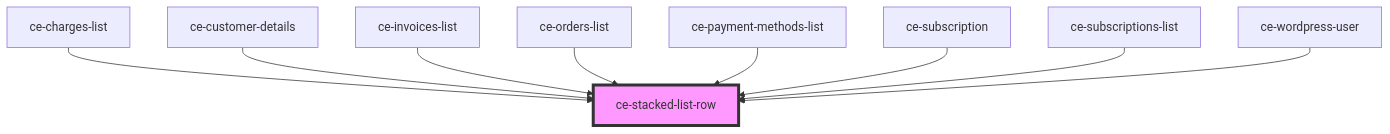
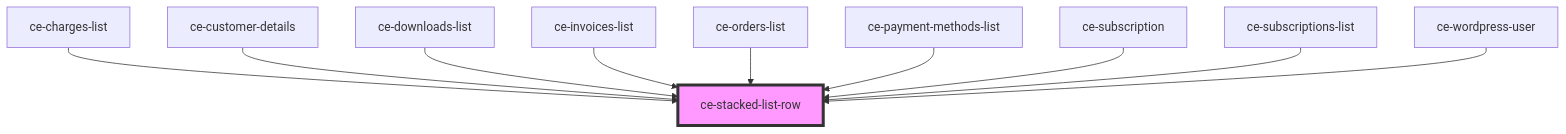
Before and after one commit to surecart/surecart-wp-plugin: the diagram in packages/components/src/components/ui/stacked-list-row/readme.md, drawn with Mermaid. The commit also changed other lines of this file and 29 other files, not shown here.

````diff
--- a/packages/components/src/components/ui/stacked-list-row/readme.md
+++ b/packages/components/src/components/ui/stacked-list-row/readme.md
@@ -30,12 +31,13 @@
 ```mermaid
 graph TD;
   ce-charges-list --> ce-stacked-list-row
   ce-customer-details --> ce-stacked-list-row
+  ce-downloads-list --> ce-stacked-list-row
   ce-invoices-list --> ce-stacked-list-row
   ce-orders-list --> ce-stacked-list-row
   ce-payment-methods-list --> ce-stacked-list-row
   ce-subscription --> ce-stacked-list-row
   ce-subscriptions-list --> ce-stacked-list-row
   ce-wordpress-user --> ce-stacked-list-row
   style ce-stacked-list-row fill:#f9f,stroke:#333,stroke-width:4px
 ```
````
